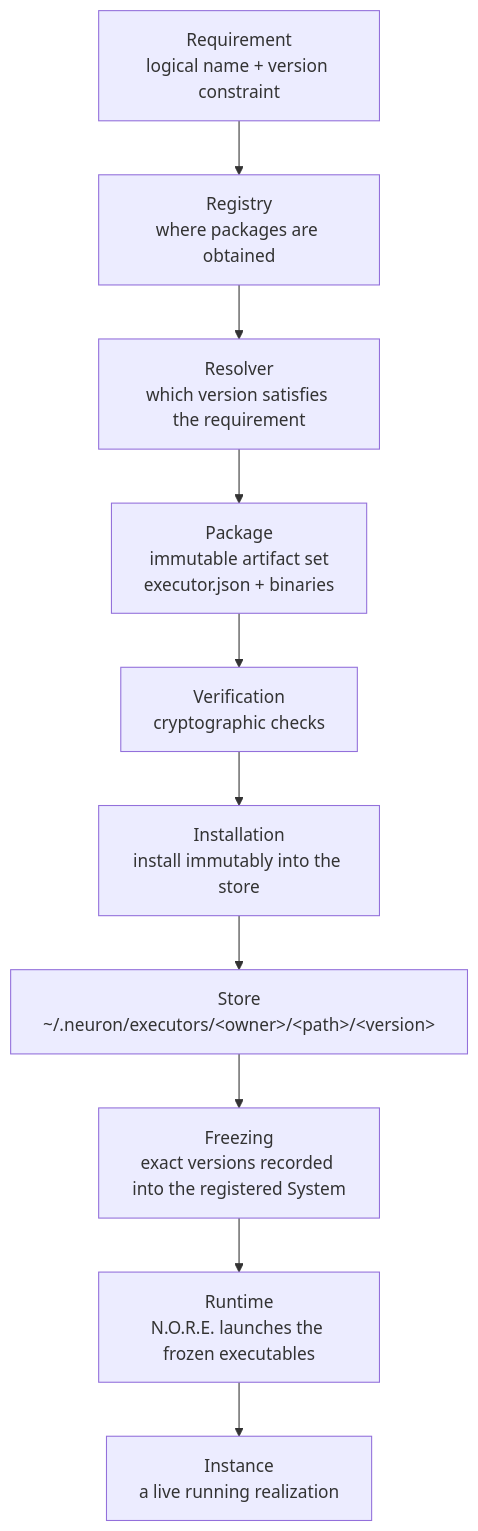
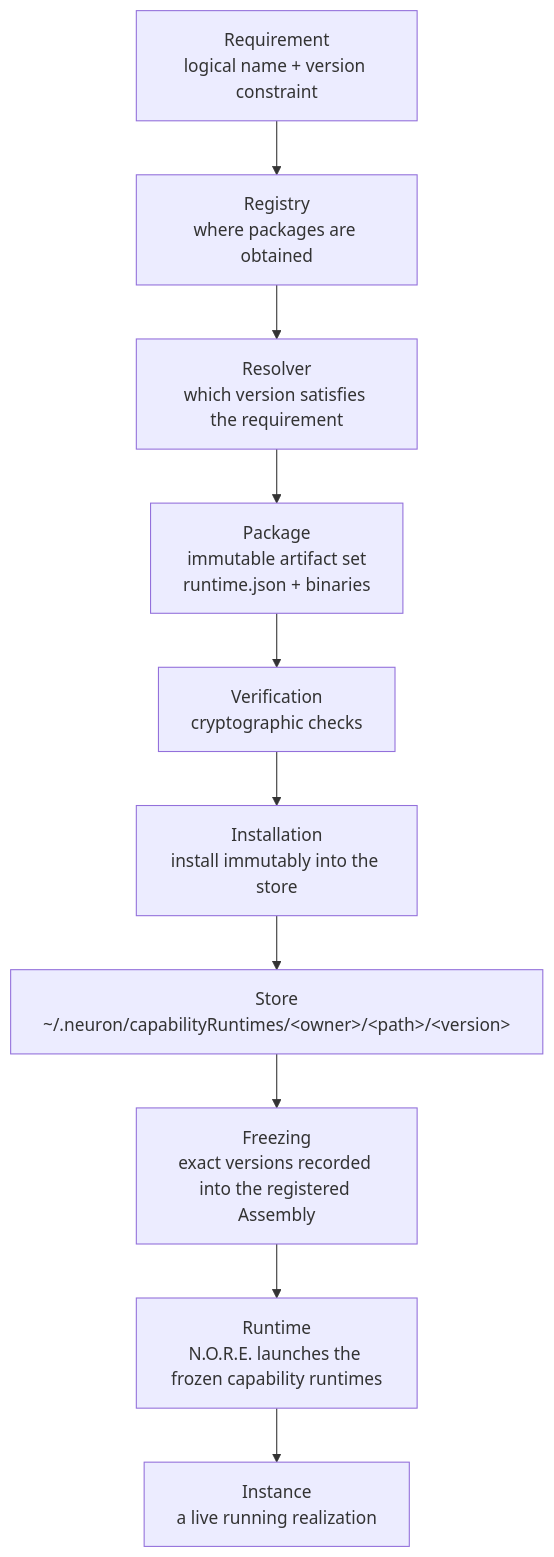
One commit to neuron-runtime/neuron changed the second of 3 diagrams in docs/MODULES.md. Above: the diagram before and after it, drawn with Mermaid. The commit also changed other lines of this file and 119 other files, not shown here.

````diff
--- a/docs/MODULES.md
+++ b/docs/MODULES.md
@@ -37,12 +37,12 @@
 ```mermaid
 flowchart TB
     A[Requirement<br/>logical name + version constraint] --> B[Registry<br/>where packages are obtained]
     B --> C[Resolver<br/>which version satisfies the requirement]
-    C --> D[Package<br/>immutable artifact set<br/>executor.json + binaries]
+    C --> D[Package<br/>immutable artifact set<br/>runtime.json + binaries]
     D --> E[Verification<br/>cryptographic checks]
     E --> F[Installation<br/>install immutably into the store]
-    F --> G[Store<br/>~/.neuron/executors/&lt;owner&gt;/&lt;path&gt;/&lt;version&gt;]
-    G --> H[Freezing<br/>exact versions recorded into the registered System]
-    H --> I[Runtime<br/>N.O.R.E. launches the frozen executables]
+    F --> G[Store<br/>~/.neuron/capabilityRuntimes/&lt;owner&gt;/&lt;path&gt;/&lt;version&gt;]
+    G --> H[Freezing<br/>exact versions recorded into the registered Assembly]
+    H --> I[Runtime<br/>N.O.R.E. launches the frozen capability runtimes]
     I --> J[Instance<br/>a live running realization]
 ```
````
